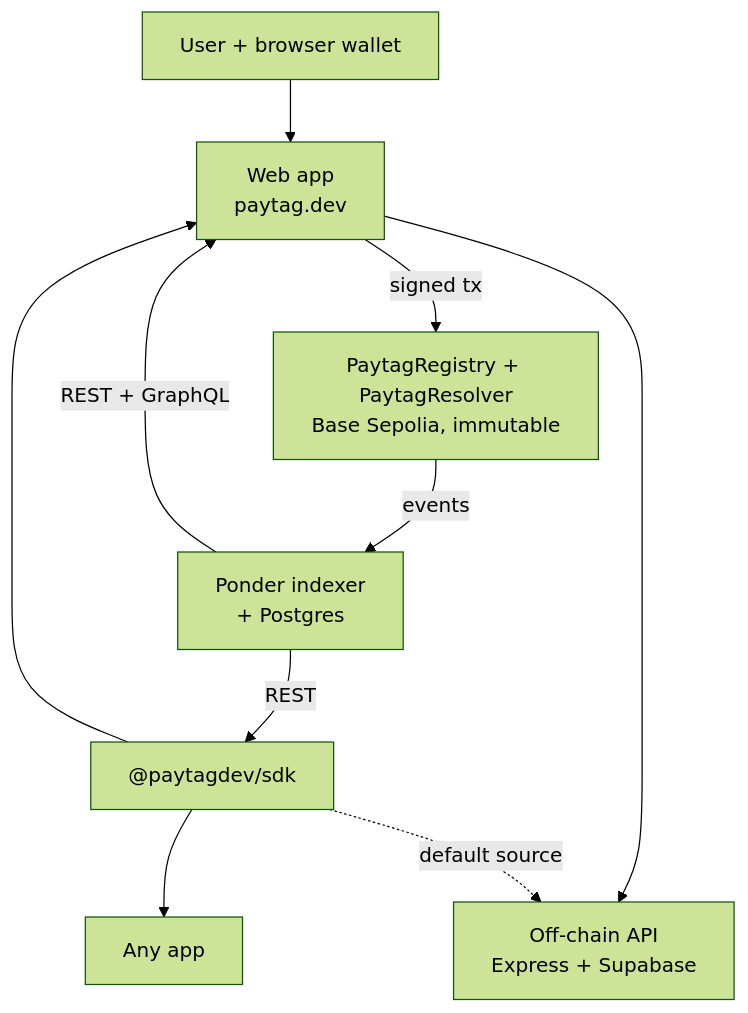
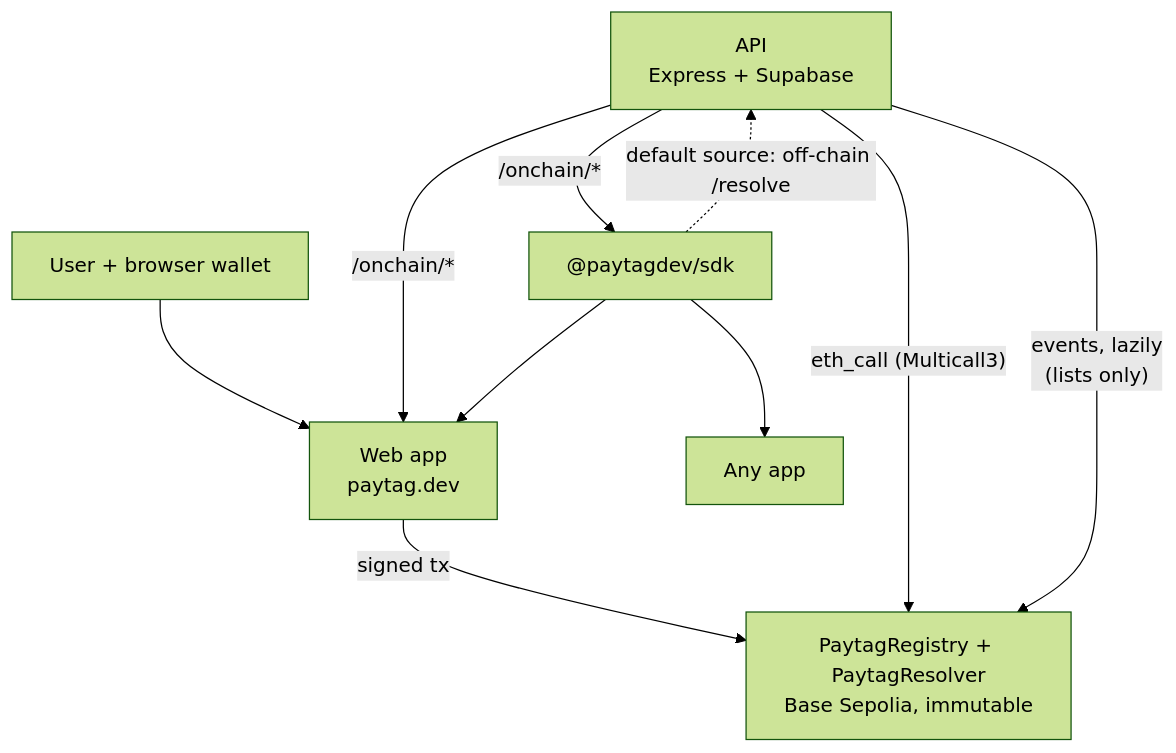
The first of 2 diagrams in README.md (ansah25/paytag), drawn with Mermaid (forest theme) before and after one commit. The commit also changed other lines of this file and 57 other files, not shown here.

First line of the commit message:
Retire the Ponder indexer: web, SDK 0.7, CI and docs on the API's /onchain reads

````diff
--- a/README.md
+++ b/README.md
@@ -41,12 +41,12 @@
 ```mermaid
 flowchart TD
   U["User + browser wallet"] --> W["Web app<br/>paytag.dev"]
   W -->|"signed tx"| C["PaytagRegistry + PaytagResolver<br/>Base Sepolia, immutable"]
-  C -->|"events"| I["Ponder indexer<br/>+ Postgres"]
-  I -->|"REST"| S["@paytagdev/sdk"]
-  I -->|"REST + GraphQL"| W
+  O["API<br/>Express + Supabase"] -->|"eth_call (Multicall3)"| C
+  O -->|"events, lazily<br/>(lists only)"| C
+  O -->|"/onchain/*"| S["@paytagdev/sdk"]
+  O -->|"/onchain/*"| W
   S --> W
   S --> X["Any app"]
-  W --> O["Off-chain API<br/>Express + Supabase"]
-  S -.->|"default source"| O
+  S -.->|"default source: off-chain /resolve"| O
 ```
````
